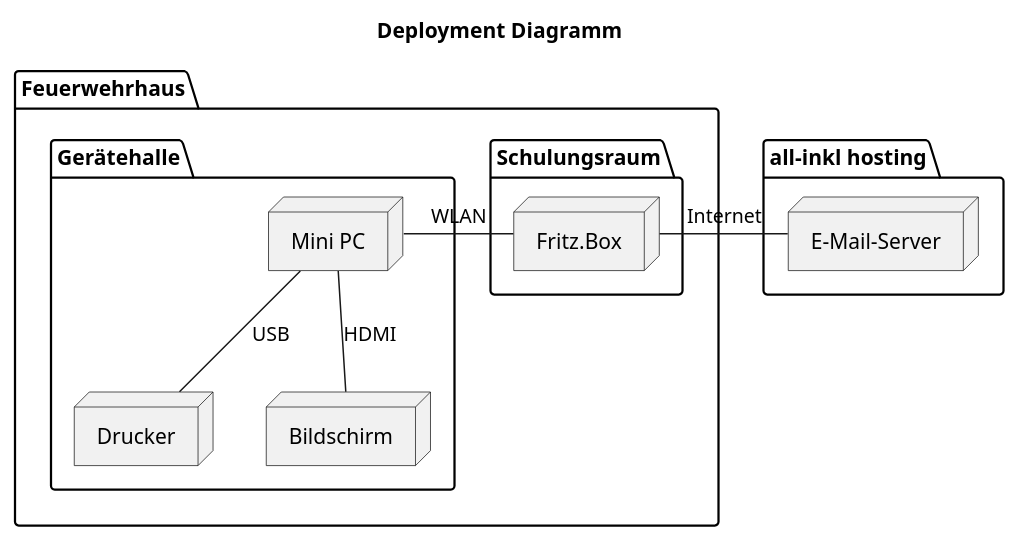
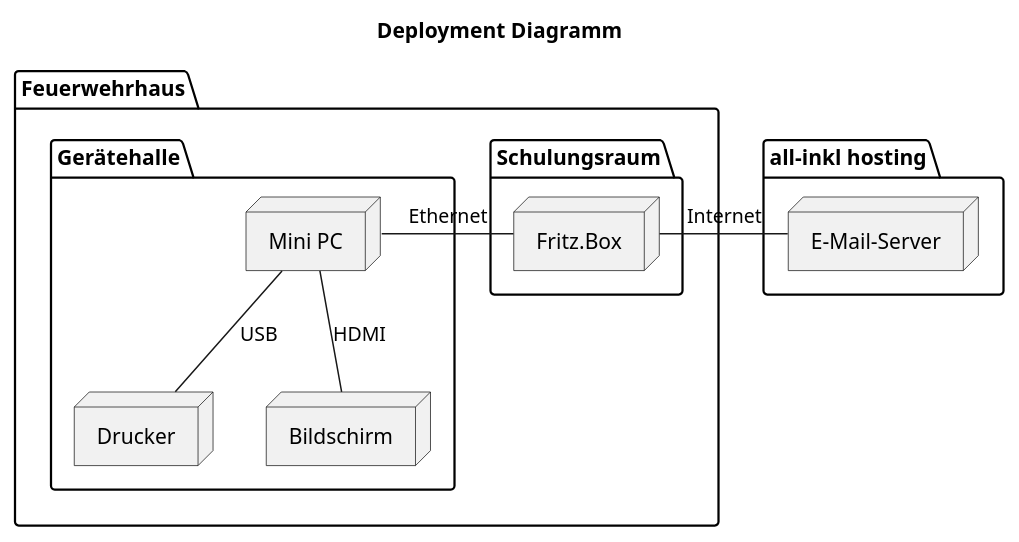
Before and after one commit to sladaloose/ff-lisberg-monitor: the diagram in pictures/deployment-overview.iuml, drawn with PlantUML. The commit also changed 1 other file, not shown here.

```diff
--- a/pictures/deployment-overview.iuml
+++ b/pictures/deployment-overview.iuml
@@ -1,24 +1,24 @@
 @startuml
 hide empty members
 title Deployment Diagramm
 
 folder "all-inkl hosting" {
 node "E-Mail-Server" as Mail
 }
 
 folder "Feuerwehrhaus" {
 folder "Schulungsraum" {
 node "Fritz.Box" as FB
 }
 folder "Gerätehalle" {
 node "Mini PC" as PC
 node Drucker
 node Bildschirm
 }
 }
 
 FB -r- Mail : Internet
-FB -r- PC : WLAN
+FB -r- PC : Ethernet
 PC -d- Drucker : USB
 PC -d- Bildschirm : HDMI
 @enduml
```
